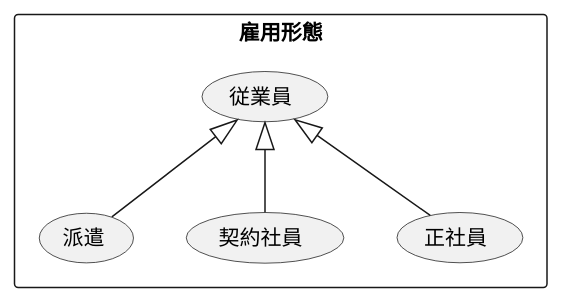
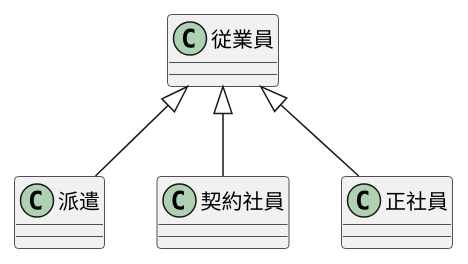
Before and after one commit to yoshidasen/uml-introduction: the diagram in 演習3-1_CL_雇用形態.pu, drawn with PlantUML.

Commit message:
演習3-1 修正

```diff
--- a/演習3-1_CL_雇用形態.pu
+++ b/演習3-1_CL_雇用形態.pu
@@ -1,12 +1,21 @@
 @startuml 雇用形態
-    rectangle 雇用形態 {
-        usecase 従業員 as U1
-        usecase 派遣 as U2
-        usecase 契約社員 as U3
-        usecase 正社員 as U4
+    class 従業員 {
+
     }
 
-    U1 <|-- U2
-    U1 <|-- U3
-    U1 <|-- U4
+    class 派遣 {
+
+    }
+
+    class 契約社員 {
+        
+    }
+
+    class 正社員 {
+        
+    }
+
+    従業員 <|-- 派遣
+    従業員 <|-- 契約社員
+    従業員 <|-- 正社員
 @enduml
```
